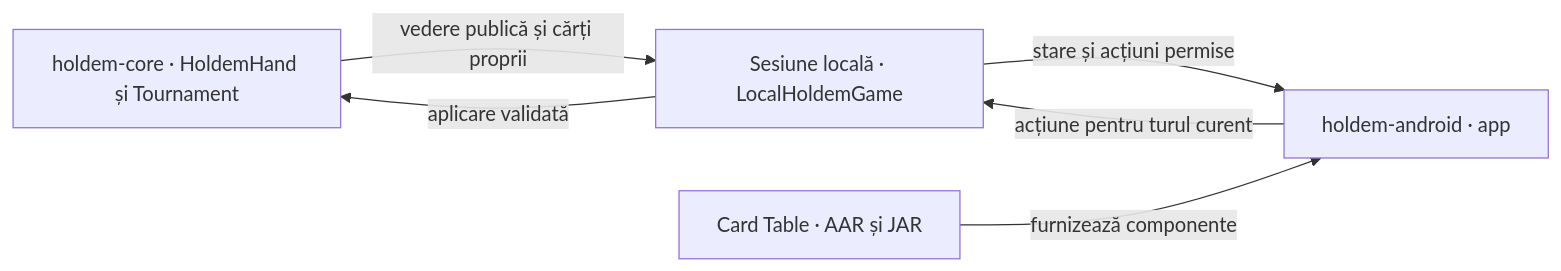
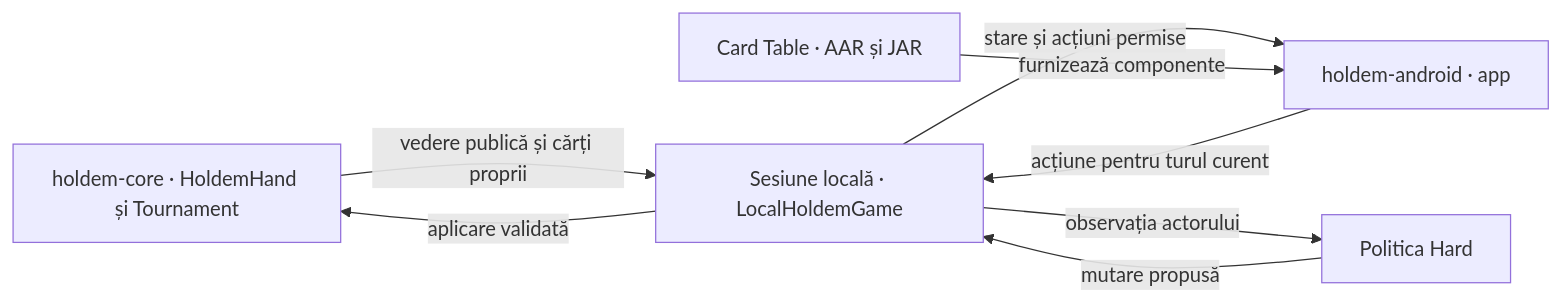
Before and after one commit to crististefanita/atf_j6: the first of 3 diagrams in docs/architecture/ARCHITECTURE.md, drawn with Mermaid. The commit also changed other lines of this file and 12 other files, not shown here.

````diff
--- a/docs/architecture/ARCHITECTURE.md
+++ b/docs/architecture/ARCHITECTURE.md
@@ -27,8 +27,10 @@
 ```mermaid
 flowchart LR
     Core["holdem-core · HoldemHand și Tournament"] -->|"vedere publică și cărți proprii"| Session["Sesiune locală · LocalHoldemGame"]
     Session -->|"stare și acțiuni permise"| App["holdem-android · app"]
     App -->|"acțiune pentru turul curent"| Session
     Session -->|"aplicare validată"| Core
     Library["Card Table · AAR și JAR"] -->|furnizează componente| App
+    Session -->|"observația actorului"| AI["Politica Hard"]
+    AI -->|"mutare propusă"| Session
 ```
````
